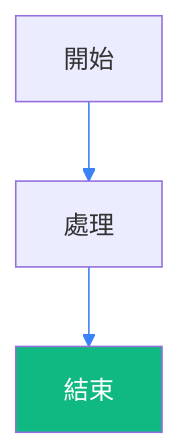
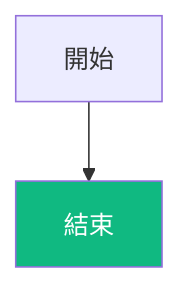
One commit to ChiahungTai/ai-rules changed the fourth of 17 diagrams in skills/mermaid/SKILL.md. Above: the diagram before and after it, drawn with Mermaid. The commit also changed other lines of this file, not shown here.

First line of the commit message:
refactor(mermaid): 建立 Dark/Light Theme 安全標準，實施零配置原則

````diff
--- a/skills/mermaid/SKILL.md
+++ b/skills/mermaid/SKILL.md
@@ -70,15 +111,8 @@
 ```mermaid
-%%{init: {
-  'theme': 'default',
-  'themeVariables': {
-    'lineColor': '#3b82f6',
-    'signalColor': '#f43f5e',
-    'signalTextColor': '#10b981'
-  }
-}}%%
 flowchart TD
-    A[開始] --> B[處理]
-    B --> C[結束]
+    A[開始] --> B[結束]
 
-    style C fill:#10b981,color:#ffffff
+    %% 這是正確的註解符號
+    %% 這也是正確的
+    style B fill:#10b981,color:#ffffff
 ```
````
